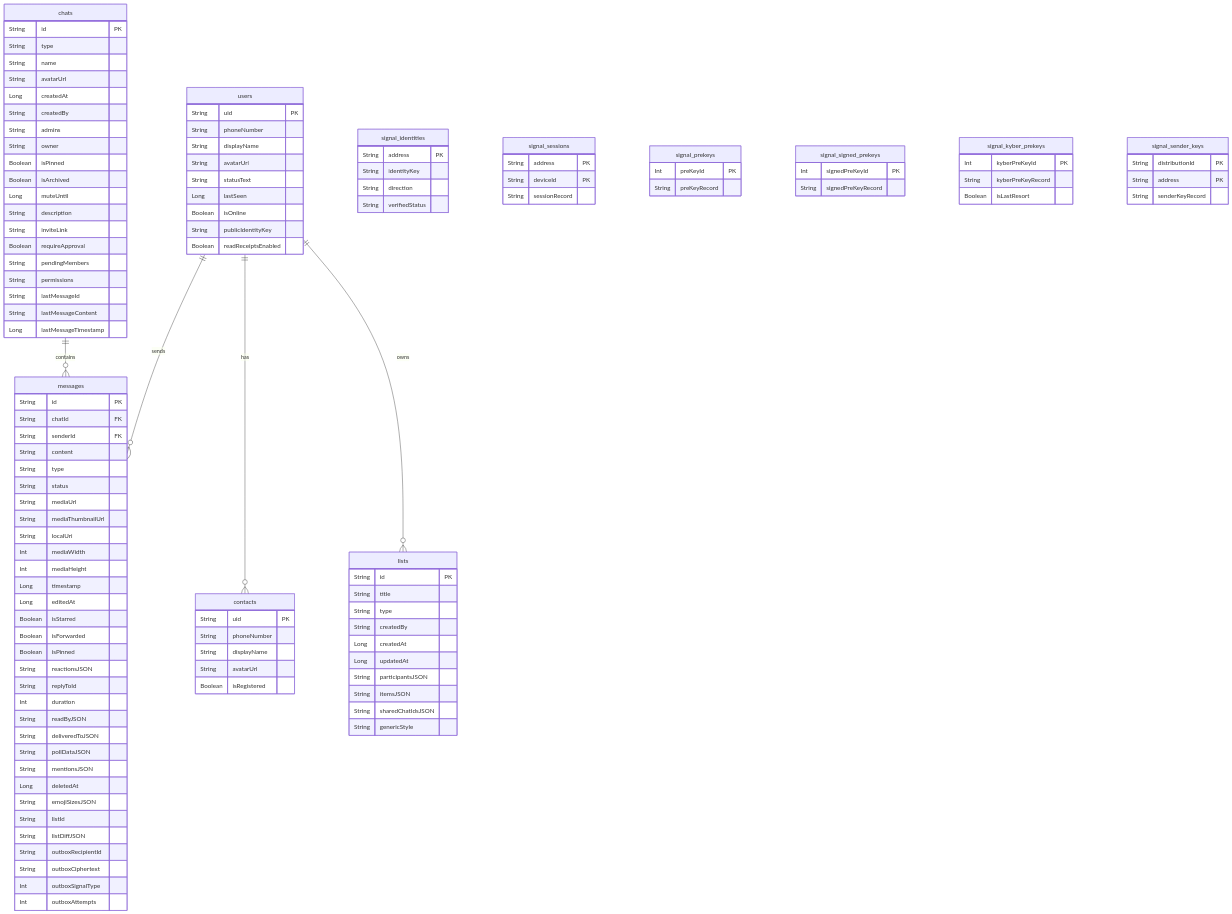
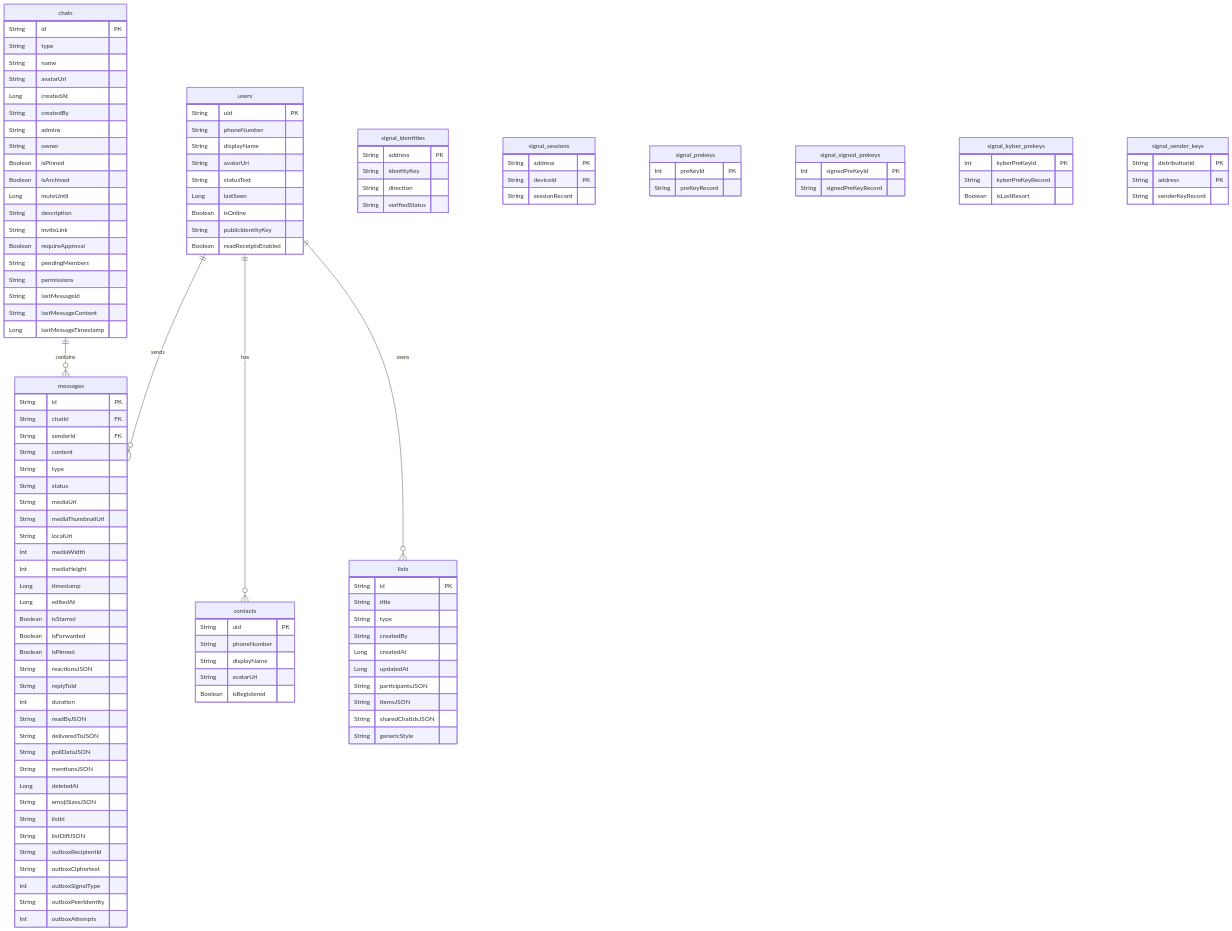
One commit to gomorra/fire-stream-chat changed the diagram in docs/SCHEMA-ROOM.md. Above: the diagram before and after it, drawn with Mermaid. The commit also changed other lines of this file and 20 other files, not shown here.

```diff
--- a/docs/SCHEMA-ROOM.md
+++ b/docs/SCHEMA-ROOM.md
@@ -88,6 +89,7 @@
         String outboxRecipientId
         String outboxCiphertext
         Int outboxSignalType
+        String outboxPeerIdentity
         Int outboxAttempts
     }
 
```
